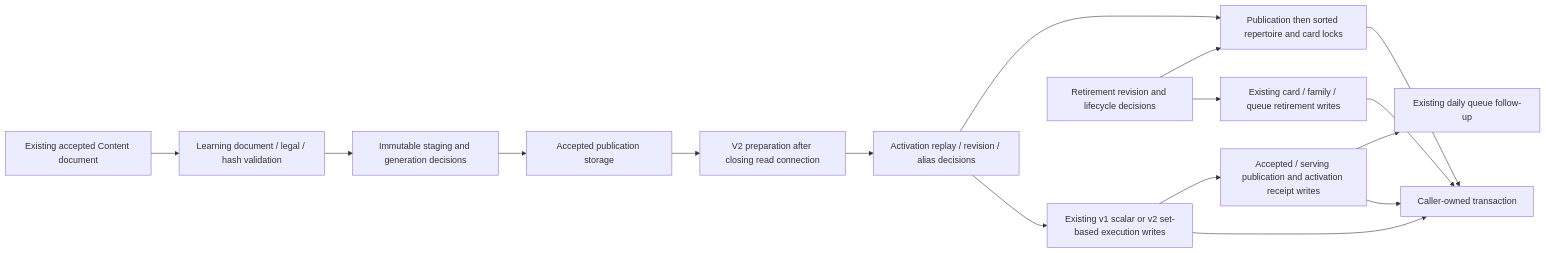
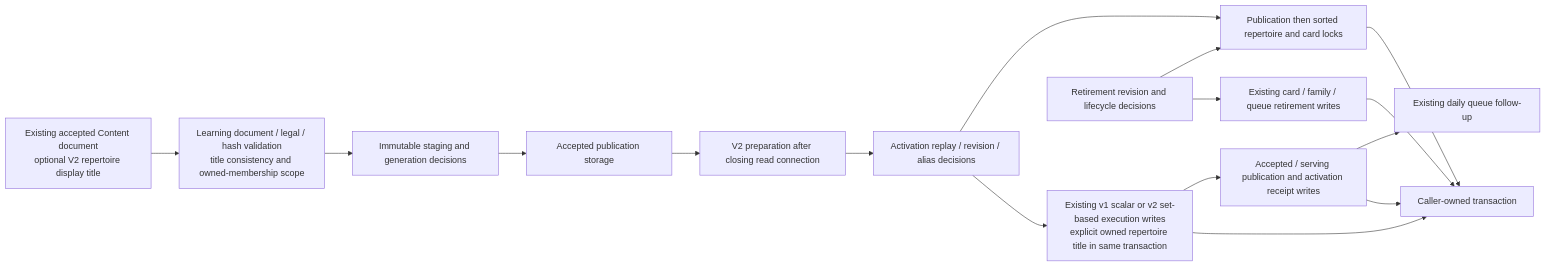
The diagram in database/tempo_learning_database/adapters/publication-execution/README.md (aaweaver-actuary/tempo), drawn with Mermaid before and after one commit. The commit also changed other lines of this file and 10 other files, not shown here.

````diff
--- a/database/tempo_learning_database/adapters/publication-execution/README.md
+++ b/database/tempo_learning_database/adapters/publication-execution/README.md
@@ -5,18 +5,18 @@
 ```mermaid
 flowchart LR
-  content[Existing accepted Content document] --> models[Learning document / legal / hash validation]
+  content[Existing accepted Content document<br/>optional V2 repertoire display title] --> models[Learning document / legal / hash validation<br/>title consistency and owned-membership scope]
   models --> staging[Immutable staging and generation decisions]
   staging --> stored[Accepted publication storage]
   prepare[V2 preparation after closing read connection] --> activation[Activation replay / revision / alias decisions]
   stored --> prepare
   activation --> owner[Publication then sorted repertoire and card locks]
-  activation --> rows[Existing v1 scalar or v2 set-based execution writes]
+  activation --> rows[Existing v1 scalar or v2 set-based execution writes<br/>explicit owned repertoire title in same transaction]
   rows --> serving[Accepted / serving publication and activation receipt writes]
   serving --> refresh[Existing daily queue follow-up]
   retirement[Retirement revision and lifecycle decisions] --> owner
   retirement --> retired[Existing card / family / queue retirement writes]
   owner --> transaction[Caller-owned transaction]
   rows --> transaction
   serving --> transaction
   retired --> transaction
 ```
````
